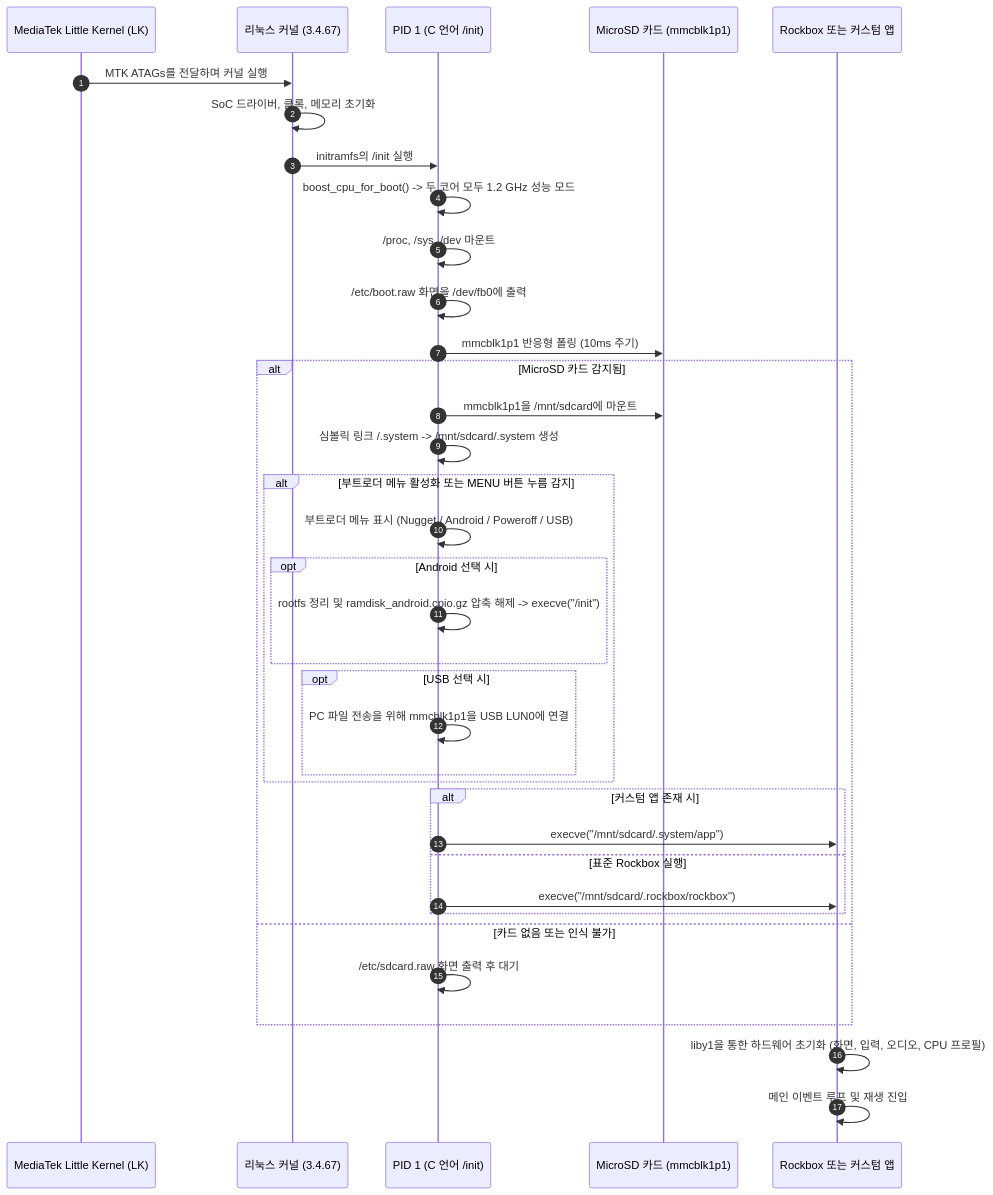
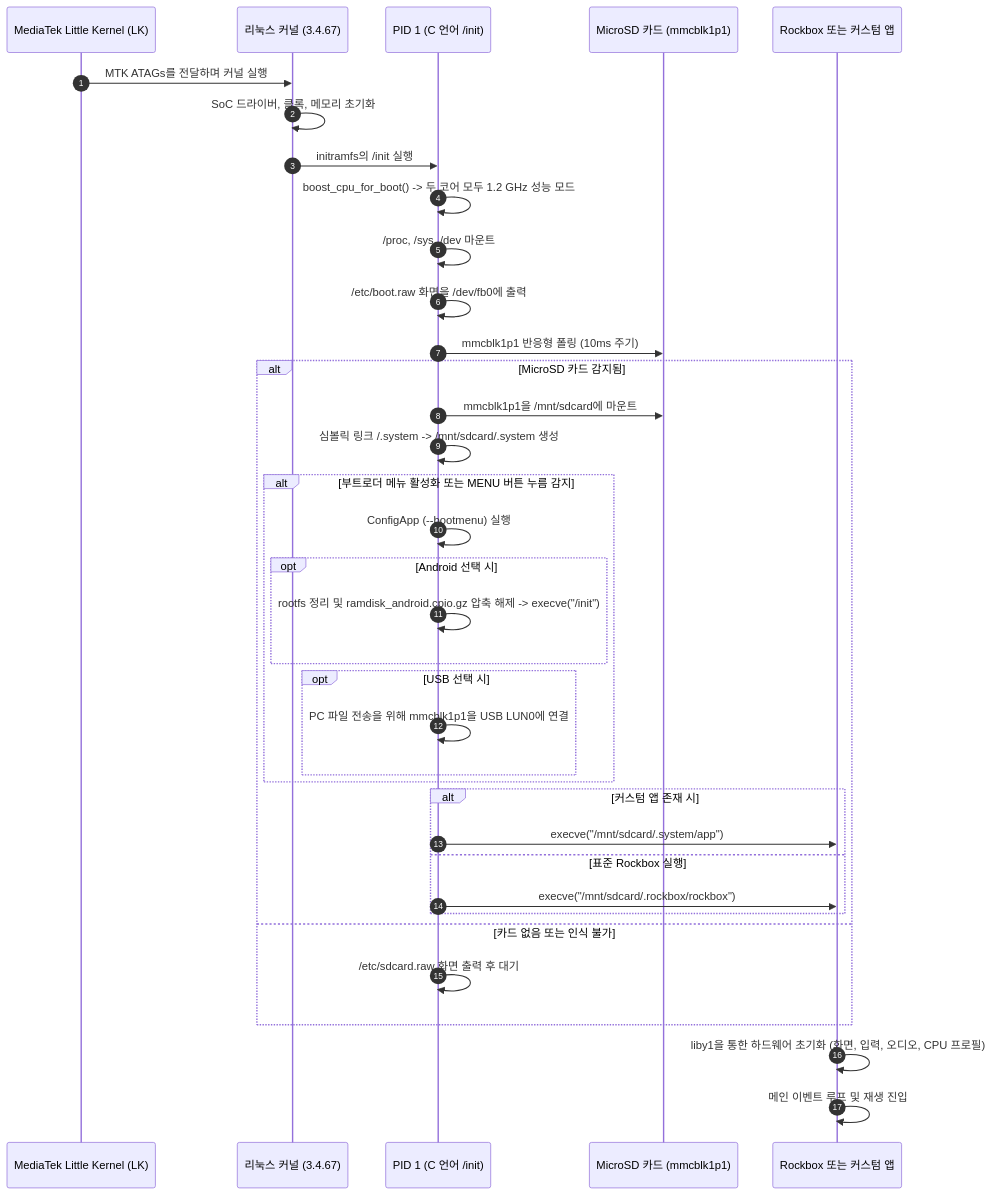
One commit to y1-community/nugget-y1-mirror changed the second of 2 diagrams in docs/kr/ARCHITECTURE.md. Above: the diagram before and after it, drawn with Mermaid. The commit also changed other lines of this file and 581 other files, not shown here.

````diff
--- a/docs/kr/ARCHITECTURE.md
+++ b/docs/kr/ARCHITECTURE.md
@@ -66,39 +67,39 @@
 ```mermaid
 sequenceDiagram
     autonumber
     participant LK as MediaTek Little Kernel (LK)
     participant K as 리눅스 커널 (3.4.67)
     participant I as PID 1 (C 언어 /init)
     participant SD as MicroSD 카드 (mmcblk1p1)
     participant APP as Rockbox 또는 커스텀 앱
 
     LK->>K: MTK ATAGs를 전달하며 커널 실행
     K->>K: SoC 드라이버, 클록, 메모리 초기화
     K->>I: initramfs의 /init 실행
     I->>I: boost_cpu_for_boot() -> 두 코어 모두 1.2 GHz 성능 모드
     I->>I: /proc, /sys, /dev 마운트
     I->>I: /etc/boot.raw 화면을 /dev/fb0에 출력
     I->>SD: mmcblk1p1 반응형 폴링 (10ms 주기)
     alt MicroSD 카드 감지됨
         I->>SD: mmcblk1p1을 /mnt/sdcard에 마운트
         I->>I: 심볼릭 링크 /.system -> /mnt/sdcard/.system 생성
         alt 부트로더 메뉴 활성화 또는 MENU 버튼 누름 감지
-            I->>I: 부트로더 메뉴 표시 (Nugget / Android / Poweroff / USB)
+            I->>I: ConfigApp (--bootmenu) 실행
             opt Android 선택 시
                 I->>I: rootfs 정리 및 ramdisk_android.cpio.gz 압축 해제 -> execve("/init")
             end
             opt USB 선택 시
                 I->>I: PC 파일 전송을 위해 mmcblk1p1을 USB LUN0에 연결
             end
         end
         alt 커스텀 앱 존재 시
             I->>APP: execve("/mnt/sdcard/.system/app")
         else 표준 Rockbox 실행
             I->>APP: execve("/mnt/sdcard/.rockbox/rockbox")
         end
     else 카드 없음 또는 인식 불가
         I->>I: /etc/sdcard.raw 화면 출력 후 대기
     end
     APP->>APP: liby1을 통한 하드웨어 초기화 (화면, 입력, 오디오, CPU 프로필)
     APP->>APP: 메인 이벤트 루프 및 재생 진입
 ```
````
